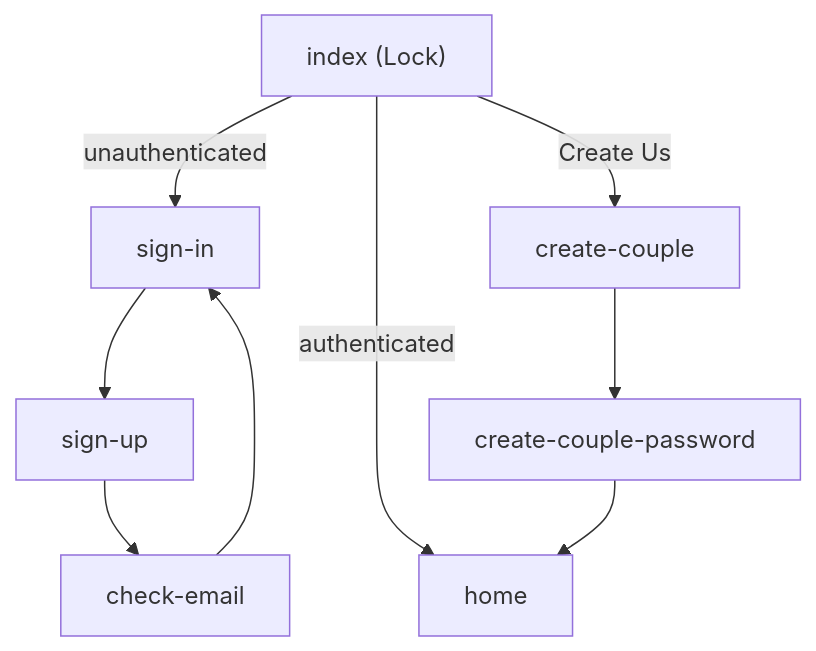
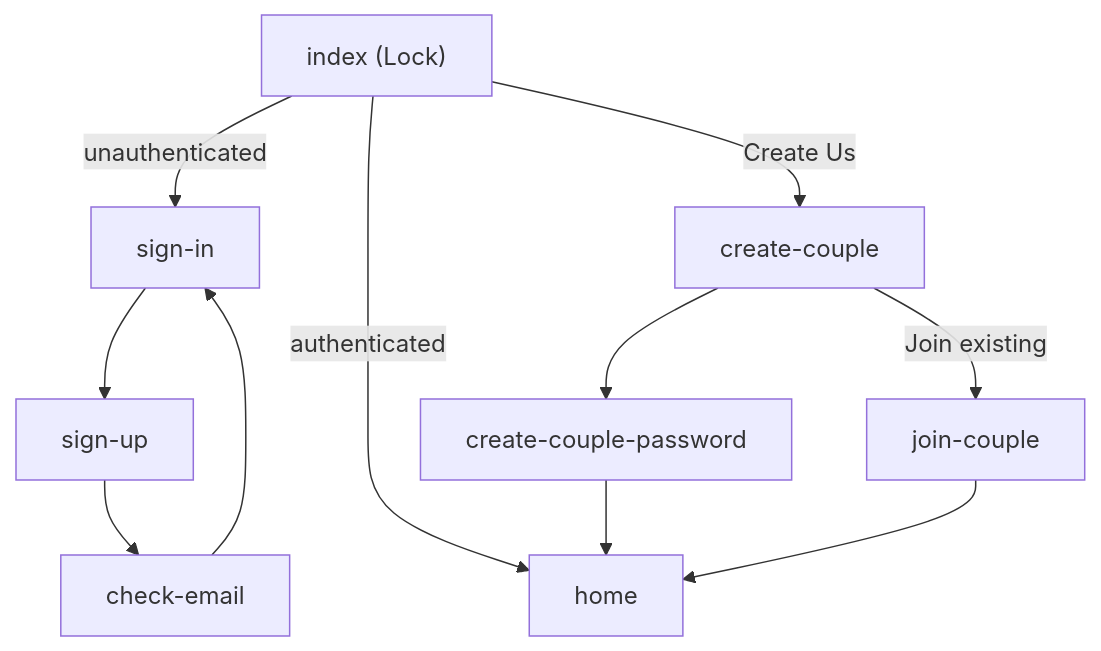
One commit to potakaaa/us-os changed the diagram in docs/architecture/app-folder-structure.md. Above: the diagram before and after it, drawn with Mermaid. The commit also changed other lines of this file and 3 other files, not shown here.

````diff
--- a/docs/architecture/app-folder-structure.md
+++ b/docs/architecture/app-folder-structure.md
@@ -76,19 +78,22 @@
 ```mermaid
 flowchart TD
     index["index (Lock)"]
     signIn["sign-in"]
     signUp["sign-up"]
     checkEmail["check-email"]
     createCouple["create-couple"]
     createCouplePw["create-couple-password"]
+    joinCouple["join-couple"]
     home["home"]
 
     index -->|unauthenticated| signIn
     index -->|authenticated| home
     index -->|Create Us| createCouple
     signIn --> signUp
     signUp --> checkEmail
     checkEmail --> signIn
     createCouple --> createCouplePw
+    createCouple -->|Join existing| joinCouple
     createCouplePw --> home
+    joinCouple --> home
 ```
````
